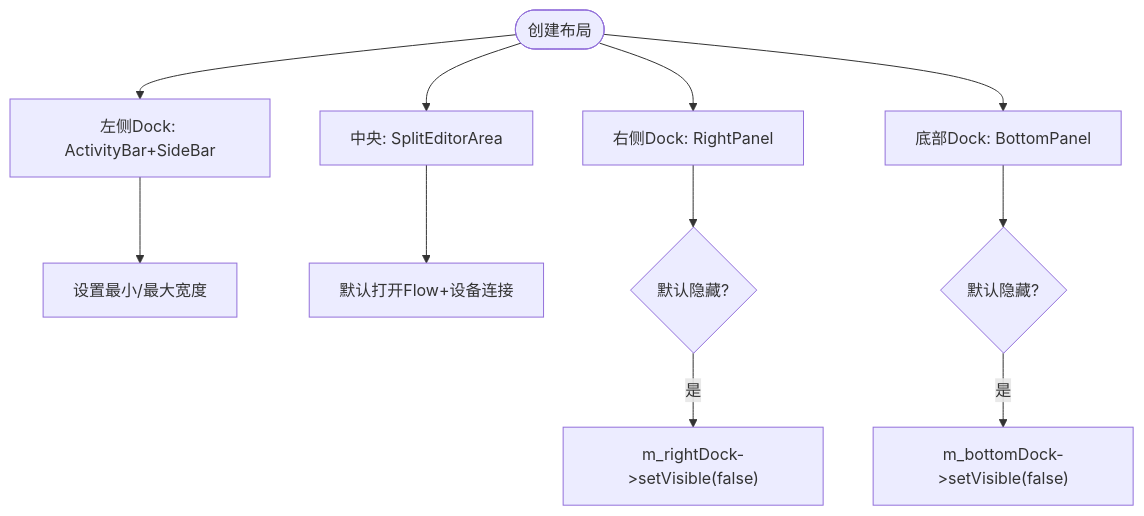
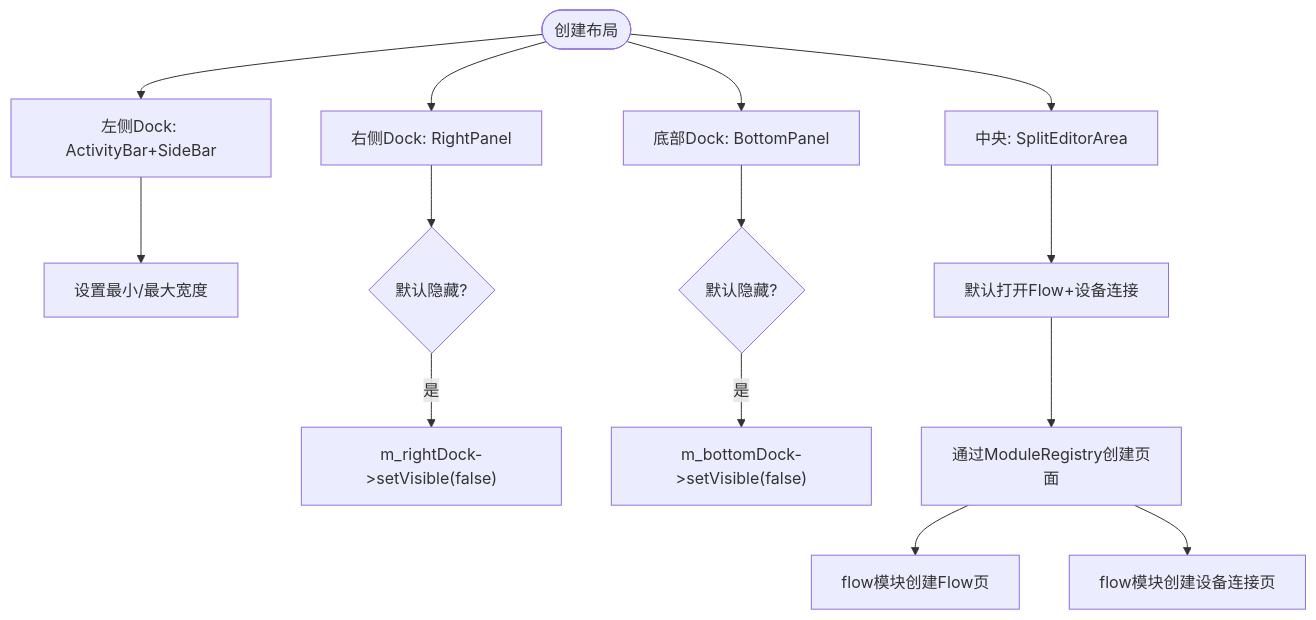
One commit to jakecai1225-design/OpenBus changed the fourth of 8 diagrams in .qoder/repowiki/zh/content/架构设计/主窗口组件架构.md. Above: the diagram before and after it, drawn with Mermaid. The commit also changed other lines of this file and 177 other files, not shown here.

````diff
--- a/.qoder/repowiki/zh/content/架构设计/主窗口组件架构.md
+++ b/.qoder/repowiki/zh/content/架构设计/主窗口组件架构.md
@@ -157,13 +224,16 @@
 ```mermaid
 flowchart TD
 Start(["创建布局"]) --> Left["左侧Dock: ActivityBar+SideBar"]
 Start --> Center["中央: SplitEditorArea"]
 Start --> Right["右侧Dock: RightPanel"]
 Start --> Bottom["底部Dock: BottomPanel"]
 Left --> SizeLeft["设置最小/最大宽度"]
 Center --> DefaultTabs["默认打开Flow+设备连接"]
 Right --> VisibleRight{"默认隐藏?"}
 Bottom --> VisibleBottom{"默认隐藏?"}
 VisibleRight --> |是| HideRight["m_rightDock->setVisible(false)"]
 VisibleBottom --> |是| HideBottom["m_bottomDock->setVisible(false)"]
+DefaultTabs --> ModuleCreate["通过ModuleRegistry创建页面"]
+ModuleCreate --> FlowMod["flow模块创建Flow页"]
+ModuleCreate --> DeviceMod["flow模块创建设备连接页"]
 ```
````
